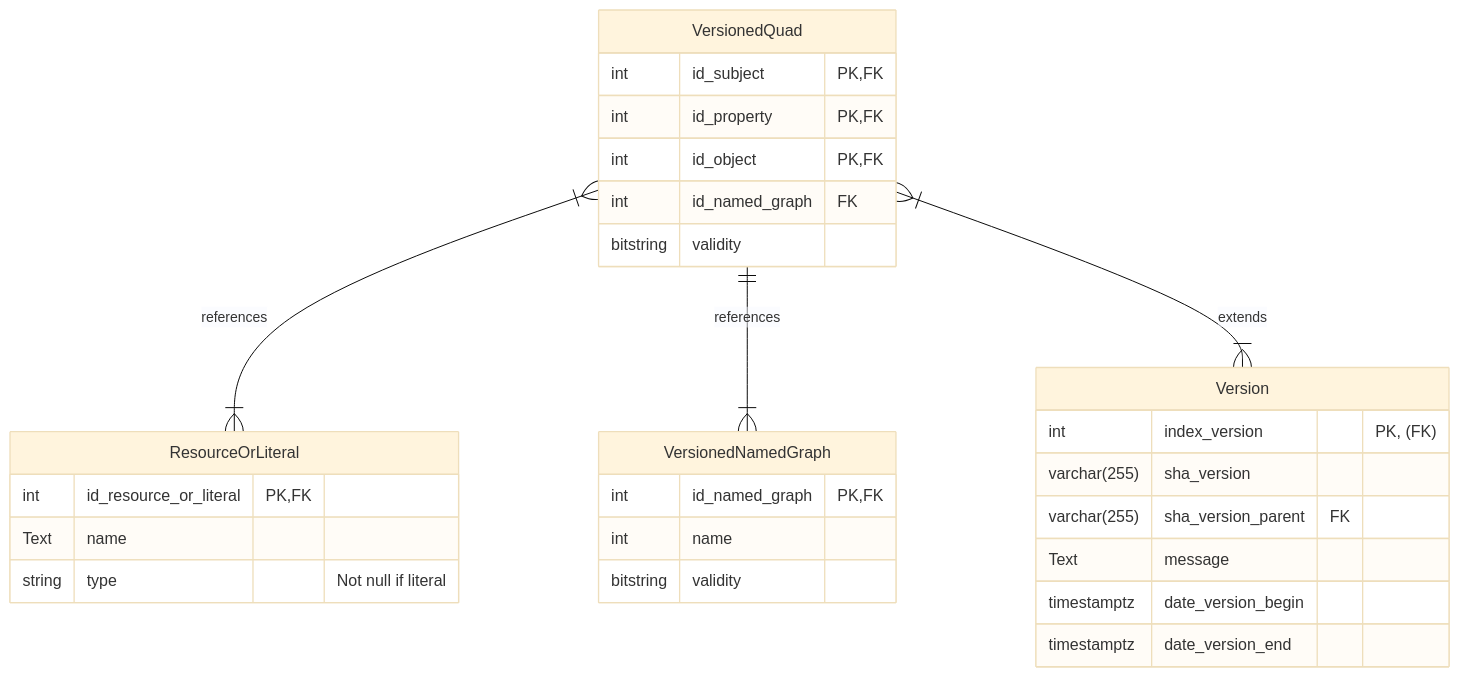
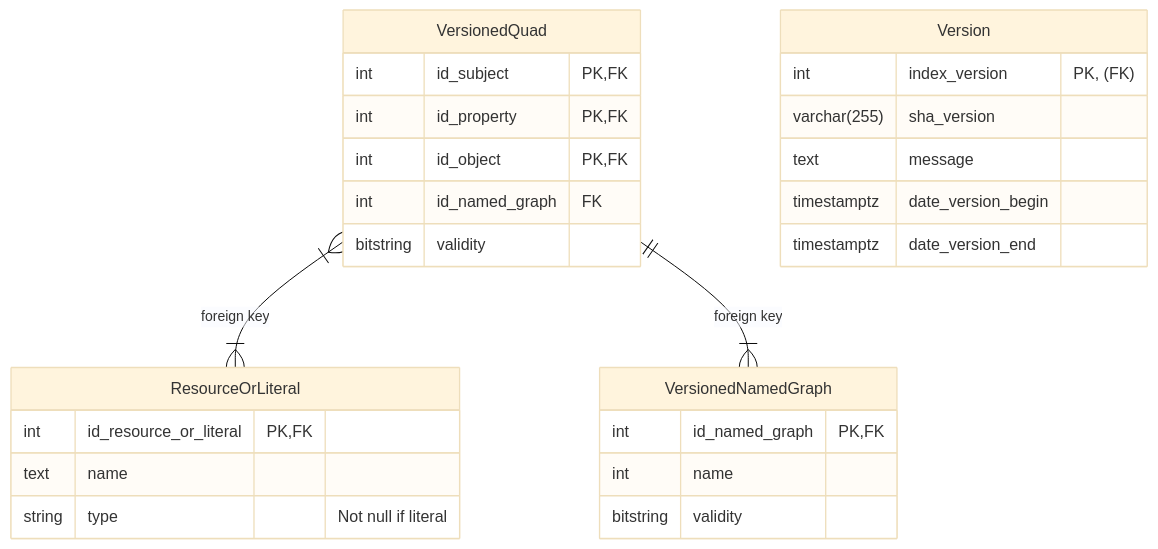
Before and after one commit to VCityTeam/ConVer-G: the first of 3 diagrams in Readme.md, drawn with Mermaid (base theme). The commit also changed other lines of this file and 23 other files, not shown here.

````diff
--- a/Readme.md
+++ b/Readme.md
@@ -74,31 +79,29 @@
 ```mermaid
 erDiagram
-    VersionedQuad |{--}| ResourceOrLiteral: references
-    VersionedQuad ||--}| VersionedNamedGraph: references
-    VersionedQuad |{--}| Version: extends
+    VersionedQuad }|--|{ ResourceOrLiteral: "foreign key"
+    VersionedQuad ||--|{ VersionedNamedGraph: "foreign key"
     VersionedQuad {
         int id_subject PK, FK
         int id_property PK, FK
         int id_object PK, FK
         int id_named_graph FK
         bitstring validity
     }
     VersionedNamedGraph {
         int id_named_graph PK, FK
         int name
         bitstring validity
     }
     ResourceOrLiteral {
         int id_resource_or_literal PK, FK
-        Text name
+        text name
         string type "Not null if literal"
     }
     Version {
         int index_version "PK, (FK)"
         varchar(255) sha_version
-        varchar(255) sha_version_parent FK
-        Text message
+        text message
         timestamptz date_version_begin
         timestamptz date_version_end
     }
 ```
````
